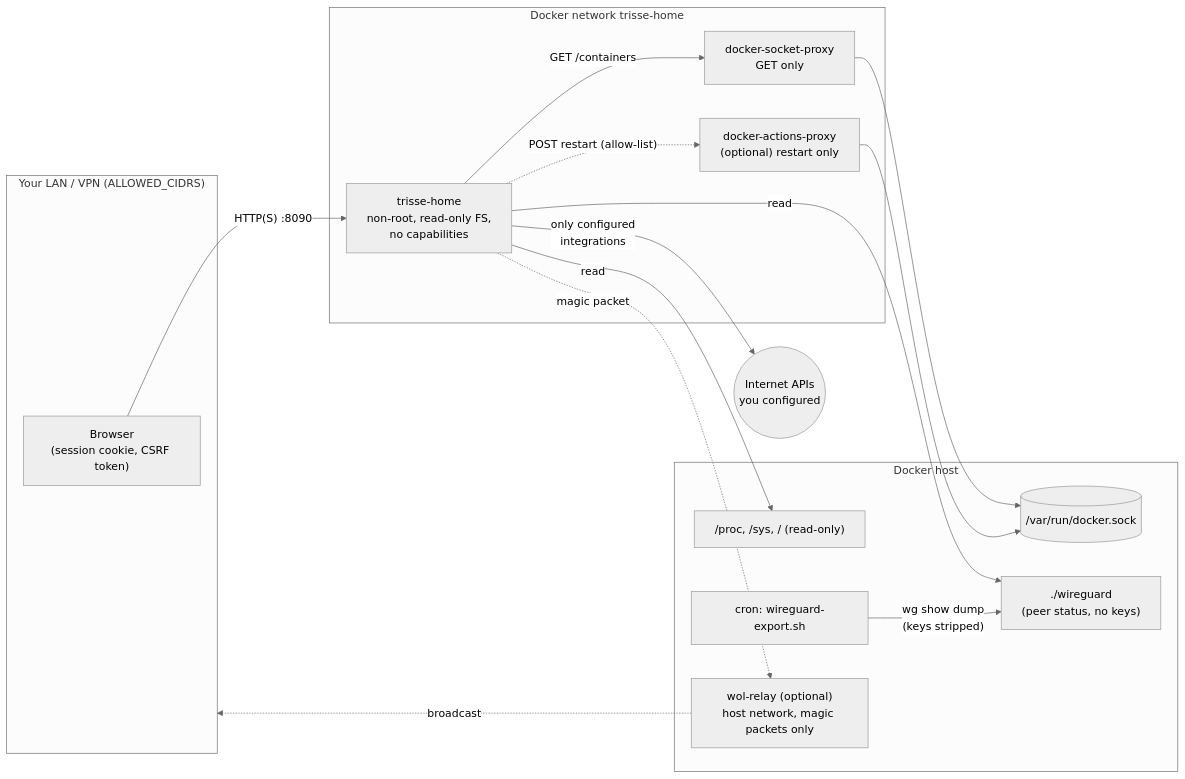
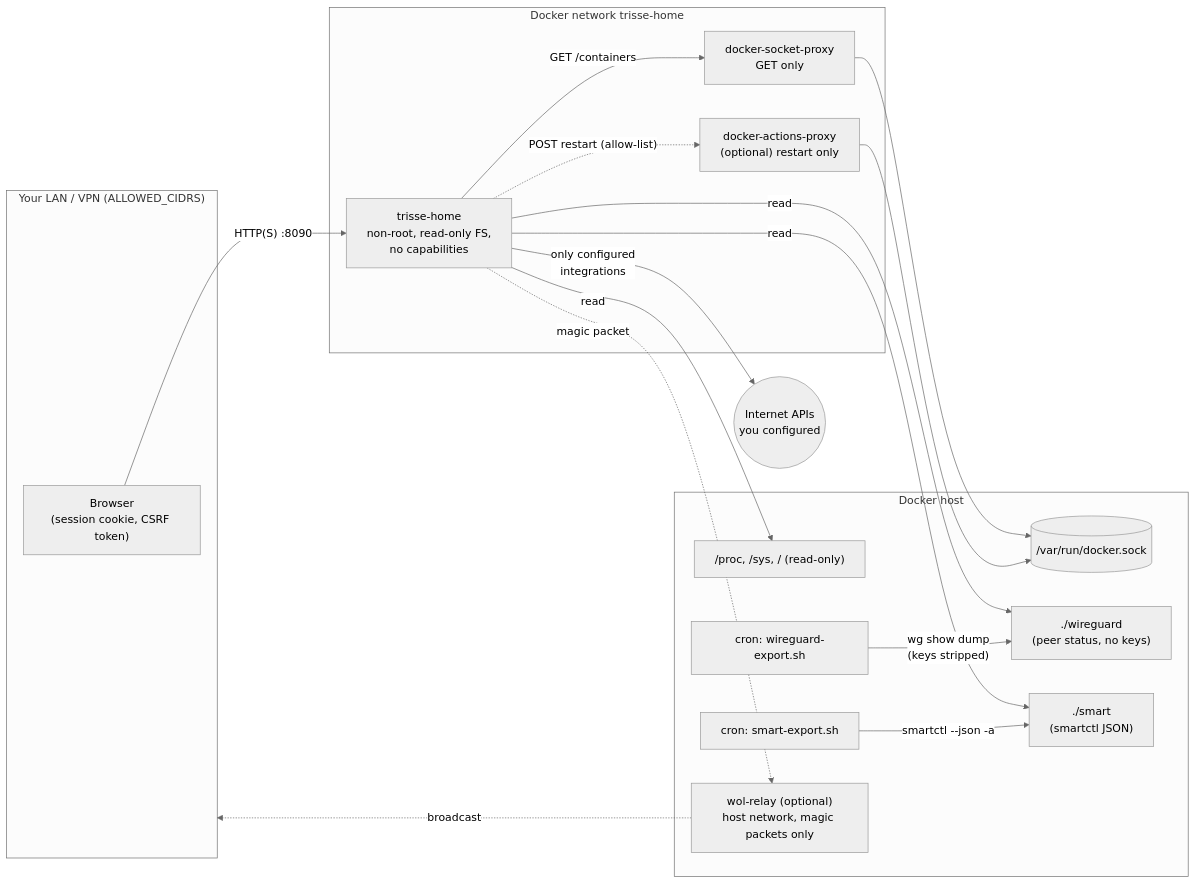
The diagram in docs/security-model.md (itadori26/trisse-home), drawn with Mermaid (neutral theme) before and after one commit. The commit also changed other lines of this file and 40 other files, not shown here.

````diff
--- a/docs/security-model.md
+++ b/docs/security-model.md
@@ -14,31 +14,35 @@
 ```mermaid
 flowchart LR
   subgraph LAN["Your LAN / VPN (ALLOWED_CIDRS)"]
     browser["Browser\n(session cookie, CSRF token)"]
   end
 
   subgraph net["Docker network trisse-home"]
     app["trisse-home\nnon-root, read-only FS,\nno capabilities"]
     proxy["docker-socket-proxy\nGET only"]
     actions["docker-actions-proxy\n(optional) restart only"]
   end
 
   subgraph host["Docker host"]
     sock[("/var/run/docker.sock")]
     procfs["/proc, /sys, / (read-only)"]
     wgdir["./wireguard\n(peer status, no keys)"]
     cron["cron: wireguard-export.sh"]
+    smartdir["./smart\n(smartctl JSON)"]
+    smartcron["cron: smart-export.sh"]
     relay["wol-relay (optional)\nhost network, magic packets only"]
   end
 
   internet(("Internet APIs\nyou configured"))
 
   browser -- "HTTP(S) :8090" --> app
   app -- "GET /containers" --> proxy --> sock
   app -. "POST restart (allow-list)" .-> actions --> sock
   app -- "read" --> procfs
   app -- "read" --> wgdir
   cron -- "wg show dump\n(keys stripped)" --> wgdir
+  app -- "read" --> smartdir
+  smartcron -- "smartctl --json -a" --> smartdir
   app -. "magic packet" .-> relay -. "broadcast" .-> LAN
   app -- "only configured\nintegrations" --> internet
 ```
````
